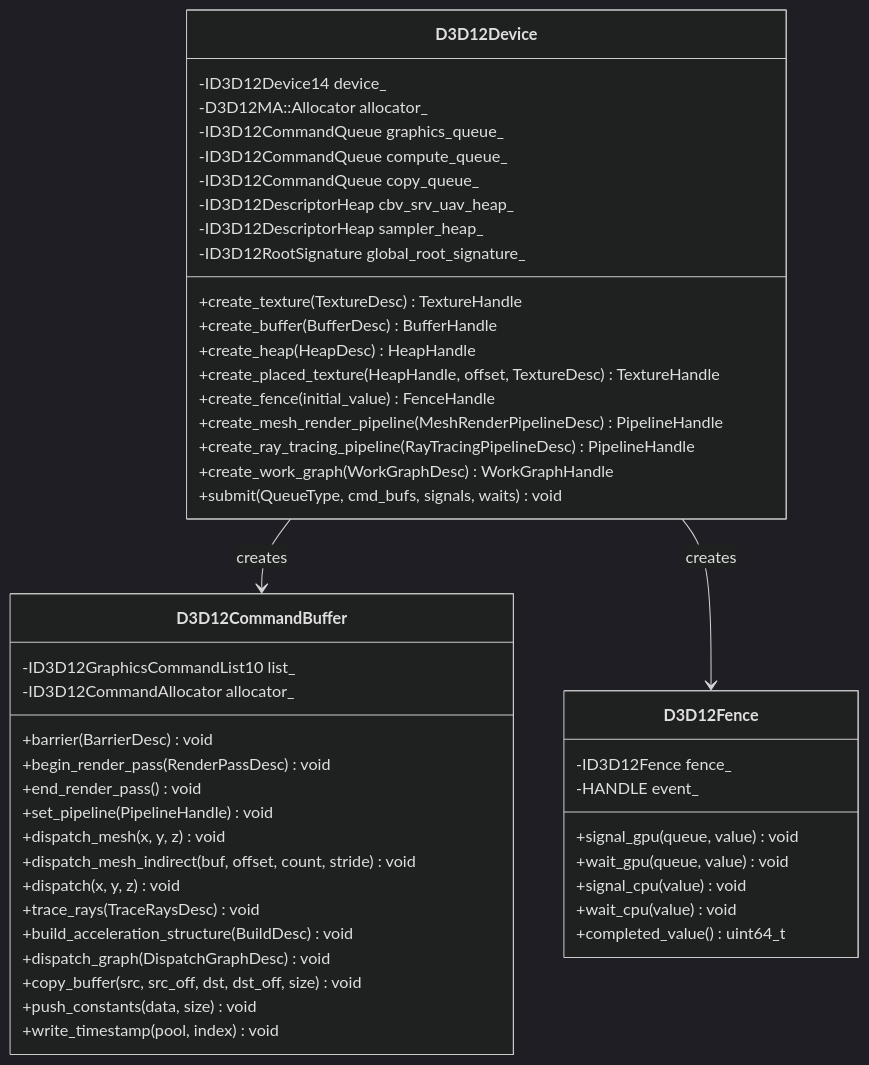
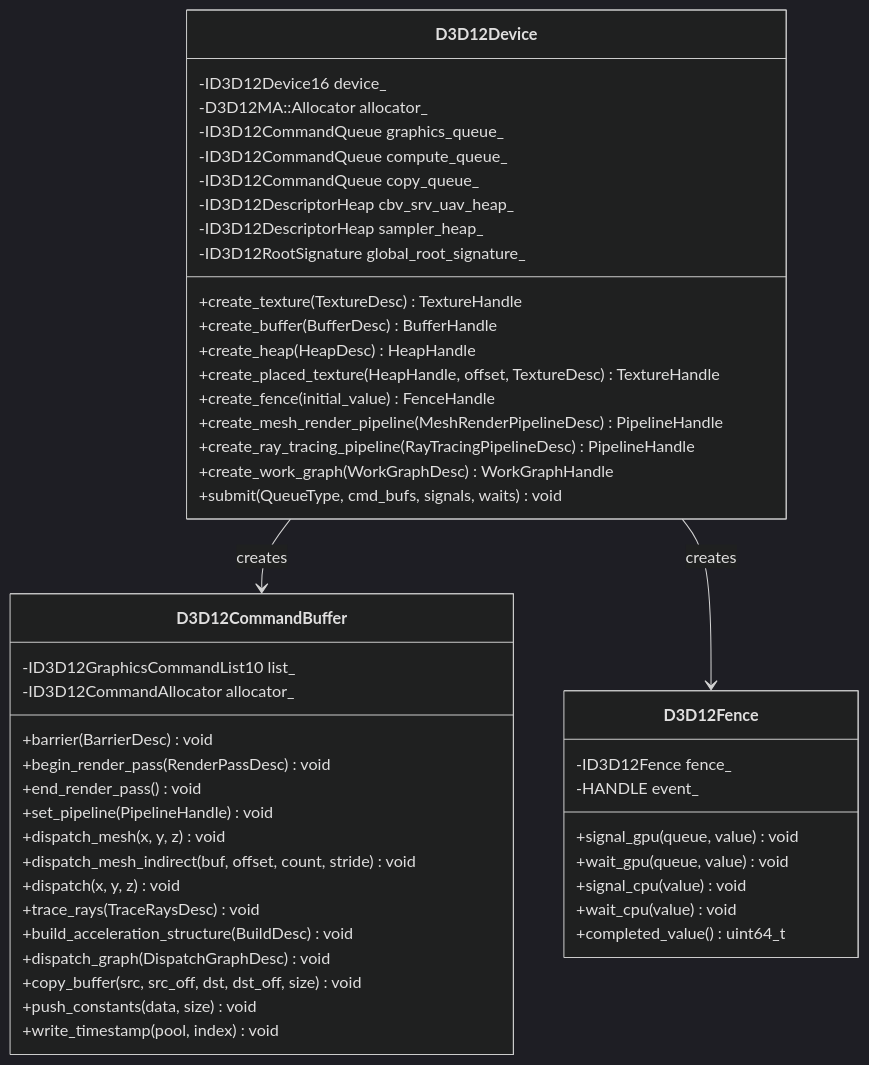
One commit to harmonius-dev/harmonius changed the third of 3 diagrams in docs/design/gpu-backend-d3d12.md. Above: the diagram before and after it, drawn with Mermaid (dark theme). The commit also changed other lines of this file and 7 other files, not shown here.

````diff
--- a/docs/design/gpu-backend-d3d12.md
+++ b/docs/design/gpu-backend-d3d12.md
@@ -922,53 +922,53 @@
 ```mermaid
 classDiagram
     class D3D12Device {
-        -ID3D12Device14 device_
+        -ID3D12Device16 device_
         -D3D12MA::Allocator allocator_
         -ID3D12CommandQueue graphics_queue_
         -ID3D12CommandQueue compute_queue_
         -ID3D12CommandQueue copy_queue_
         -ID3D12DescriptorHeap cbv_srv_uav_heap_
         -ID3D12DescriptorHeap sampler_heap_
         -ID3D12RootSignature global_root_signature_
         +create_texture(TextureDesc) TextureHandle
         +create_buffer(BufferDesc) BufferHandle
         +create_heap(HeapDesc) HeapHandle
         +create_placed_texture(HeapHandle, offset, TextureDesc) TextureHandle
         +create_fence(initial_value) FenceHandle
         +create_mesh_render_pipeline(MeshRenderPipelineDesc) PipelineHandle
         +create_ray_tracing_pipeline(RayTracingPipelineDesc) PipelineHandle
         +create_work_graph(WorkGraphDesc) WorkGraphHandle
         +submit(QueueType, cmd_bufs, signals, waits) void
     }
 
     class D3D12CommandBuffer {
         -ID3D12GraphicsCommandList10 list_
         -ID3D12CommandAllocator allocator_
         +barrier(BarrierDesc) void
         +begin_render_pass(RenderPassDesc) void
         +end_render_pass() void
         +set_pipeline(PipelineHandle) void
         +dispatch_mesh(x, y, z) void
         +dispatch_mesh_indirect(buf, offset, count, stride) void
         +dispatch(x, y, z) void
         +trace_rays(TraceRaysDesc) void
         +build_acceleration_structure(BuildDesc) void
         +dispatch_graph(DispatchGraphDesc) void
         +copy_buffer(src, src_off, dst, dst_off, size) void
         +push_constants(data, size) void
         +write_timestamp(pool, index) void
     }
 
     class D3D12Fence {
         -ID3D12Fence fence_
         -HANDLE event_
         +signal_gpu(queue, value) void
         +wait_gpu(queue, value) void
         +signal_cpu(value) void
         +wait_cpu(value) void
         +completed_value() uint64_t
     }
 
     D3D12Device --> D3D12CommandBuffer : creates
     D3D12Device --> D3D12Fence : creates
 ```
````
